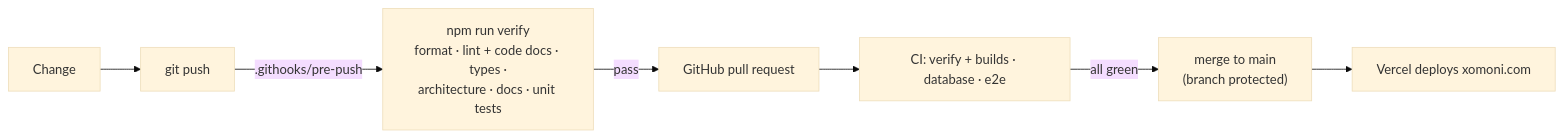
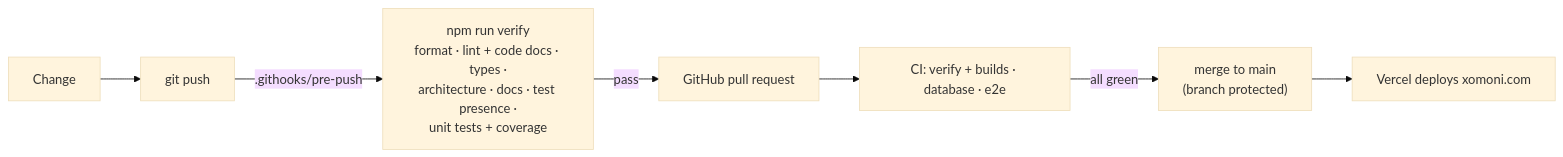
One commit to pirdehi/xomoni changed the fifth of 5 diagrams in docs/ARCHITECTURE.md. Above: the diagram before and after it, drawn with Mermaid (base theme). The commit also changed other lines of this file and 114 other files, not shown here.

````diff
--- a/docs/ARCHITECTURE.md
+++ b/docs/ARCHITECTURE.md
@@ -253,9 +253,9 @@
 ```mermaid
 flowchart LR
   edit["Change"] --> push["git push"]
-  push -- ".githooks/pre-push" --> verify["npm run verify<br/>format · lint + code docs · types ·<br/>architecture · docs · unit tests"]
+  push -- ".githooks/pre-push" --> verify["npm run verify<br/>format · lint + code docs · types ·<br/>architecture · docs · test presence ·<br/>unit tests + coverage"]
   verify -- pass --> gh["GitHub pull request"]
   gh --> ci["CI: verify + builds · database · e2e"]
   ci -- "all green" --> main["merge to main<br/>(branch protected)"]
   main --> vercel["Vercel deploys xomoni.com"]
 ```
````
